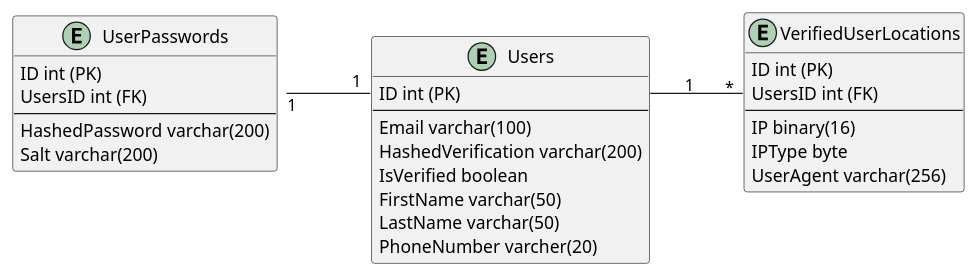
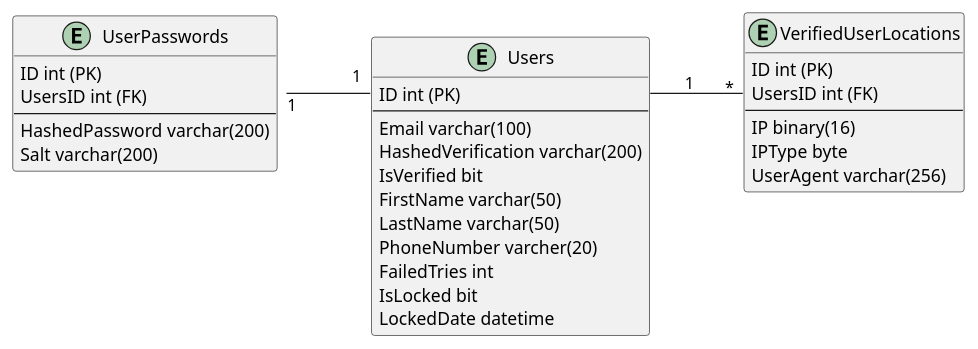
The diagram in Docs/ERD/Login-ERD.plantuml (blackout1471/trust-us-school), drawn with PlantUML before and after one commit. The commit also changed 4 other files, not shown here.

Commit message:
Added class diagrams

```diff
--- a/Docs/ERD/Login-ERD.plantuml
+++ b/Docs/ERD/Login-ERD.plantuml
@@ -1,36 +1,39 @@
 @startuml ERD
 left to right direction
 
 entity "UserPasswords" as up{
     ID int (PK)
     UsersID int (FK)
     --
     HashedPassword varchar(200)
     Salt varchar(200)
 }
 
 entity Users {
     ID int (PK)
     --
     Email varchar(100)
     HashedVerification varchar(200)
-    IsVerified boolean
+    IsVerified bit
     FirstName varchar(50)
     LastName varchar(50)
     PhoneNumber varcher(20)
+    FailedTries int
+    IsLocked bit
+    LockedDate datetime
 }
 entity "VerifiedUserLocations" as vul {
     ID int (PK)
     UsersID int (FK)
     --
     IP binary(16)
     IPType byte
     UserAgent varchar(256)
 }
 
 Users::ID"      1" -- "*"vul::UsersID
 
 up::UserID"1" -- "1"Users::ID
 
 
 @enduml
```
